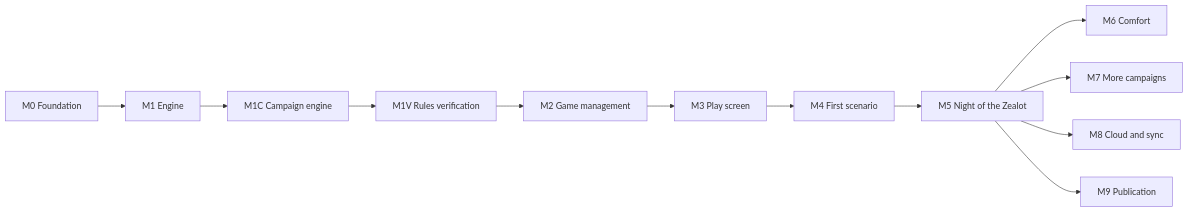
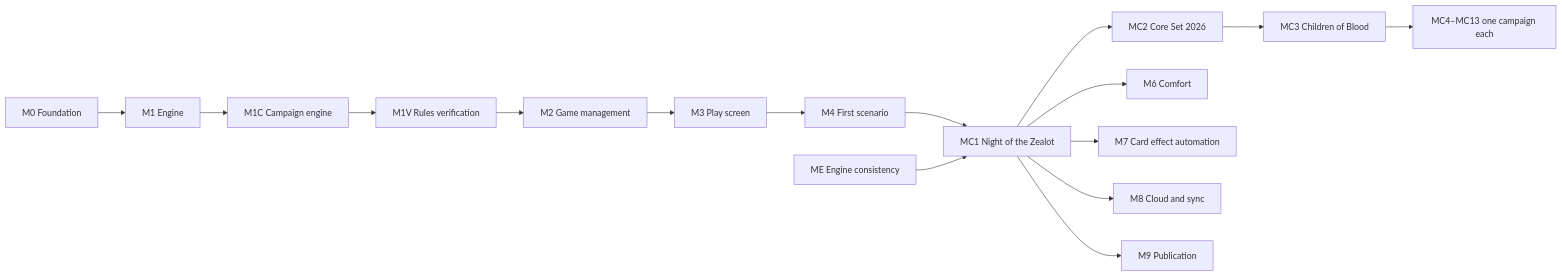
The diagram in docs/product.md (macandy13/arkham-companion), drawn with Mermaid before and after one commit. The commit also changed other lines of this file and 3 other files, not shown here.

First line of the commit message:
docs: plan campaigns as MC milestones and add the engine consistency milestone

````diff
--- a/docs/product.md
+++ b/docs/product.md
@@ -65,8 +65,10 @@
 ```mermaid
 flowchart LR
-  M0[M0 Foundation] --> M1[M1 Engine] --> M1C[M1C Campaign engine] --> M1V[M1V Rules verification] --> M2[M2 Game management] --> M3[M3 Play screen] --> M4[M4 First scenario] --> M5[M5 Night of the Zealot]
-  M5 --> M6[M6 Comfort]
-  M5 --> M7[M7 More campaigns]
-  M5 --> M8[M8 Cloud and sync]
-  M5 --> M9[M9 Publication]
+  M0[M0 Foundation] --> M1[M1 Engine] --> M1C[M1C Campaign engine] --> M1V[M1V Rules verification] --> M2[M2 Game management] --> M3[M3 Play screen] --> M4[M4 First scenario] --> MC1[MC1 Night of the Zealot]
+  ME[ME Engine consistency] --> MC1
+  MC1 --> MC2[MC2 Core Set 2026] --> MC3[MC3 Children of Blood] --> MCn[MC4–MC13 one campaign each]
+  MC1 --> M6[M6 Comfort]
+  MC1 --> M7[M7 Card effect automation]
+  MC1 --> M8[M8 Cloud and sync]
+  MC1 --> M9[M9 Publication]
 ```
````
